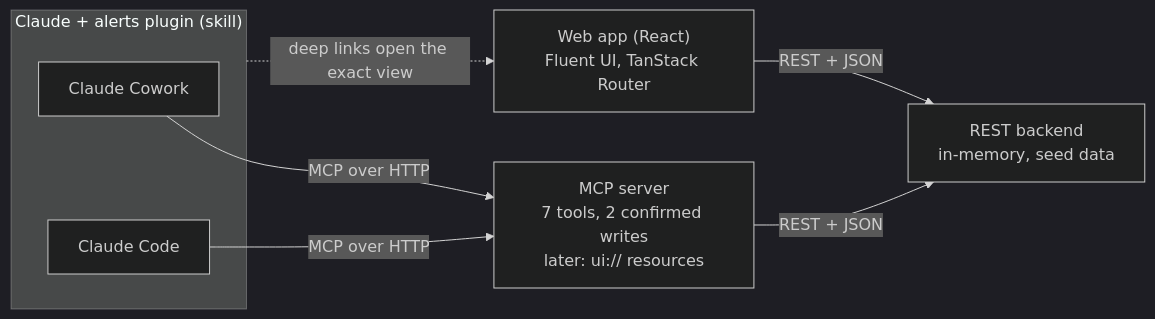
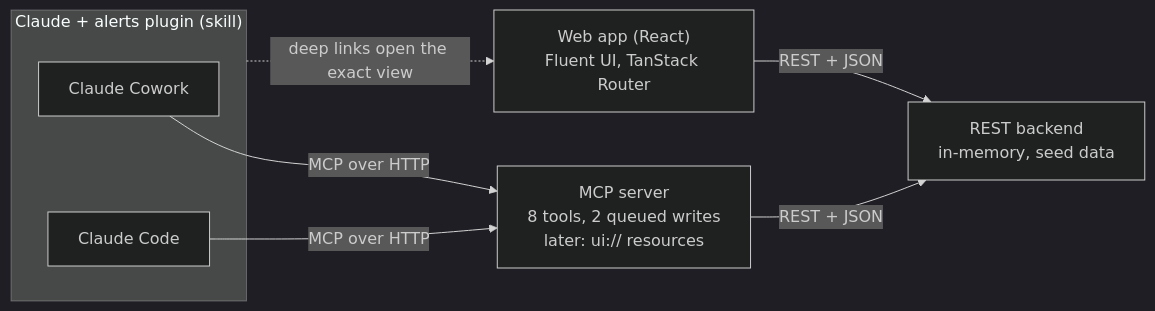
Before and after one commit to ling1726/cowork-hack: the diagram in docs/why-mcp.md, drawn with Mermaid (dark theme). The commit also changed other lines of this file and 2 other files, not shown here.

````diff
--- a/docs/why-mcp.md
+++ b/docs/why-mcp.md
@@ -22,15 +22,15 @@
 ```mermaid
 flowchart LR
   subgraph Claude["Claude + alerts plugin (skill)"]
     Cowork[Claude Cowork]
     Code[Claude Code]
   end
-  MCP["MCP server<br/>7 tools, 2 confirmed writes<br/>later: ui:// resources"]
+  MCP["MCP server<br/>8 tools, 2 queued writes<br/>later: ui:// resources"]
   API["REST backend<br/>in-memory, seed data"]
   Web["Web app (React)<br/>Fluent UI, TanStack Router"]
   Cowork -- MCP over HTTP --> MCP
   Code -- MCP over HTTP --> MCP
   MCP -- REST + JSON --> API
   Web -- REST + JSON --> API
   Claude -. deep links open the exact view .-> Web
 ```
````
